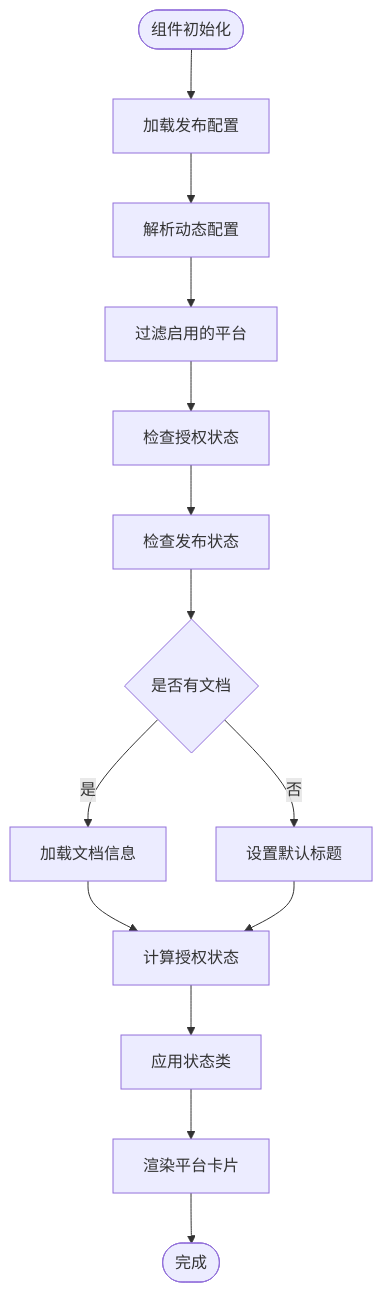
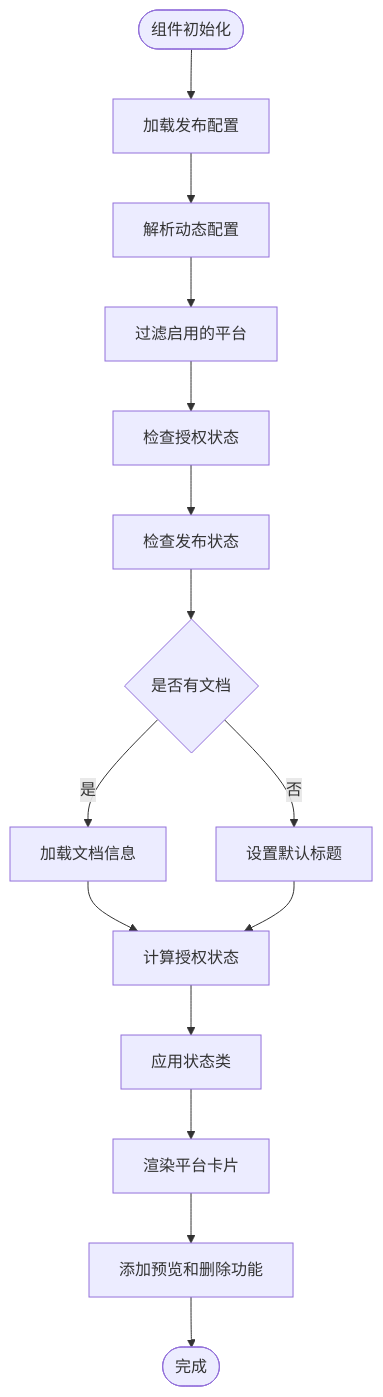
One commit to terwer/siyuan-plugin-publisher changed the fifth of 12 diagrams in .qoder/repowiki/zh/content/用户界面组件/发布组件/V2 平台卡片组件.md. Above: the diagram before and after it, drawn with Mermaid. The commit also changed other lines of this file and 16 other files, not shown here.

````diff
--- a/.qoder/repowiki/zh/content/用户界面组件/发布组件/V2 平台卡片组件.md
+++ b/.qoder/repowiki/zh/content/用户界面组件/发布组件/V2 平台卡片组件.md
@@ -241,16 +269,17 @@
 ```mermaid
 flowchart TD
 Start([组件初始化]) --> LoadConfig["加载发布配置"]
 LoadConfig --> ParseConfig["解析动态配置"]
 ParseConfig --> FilterEnabled["过滤启用的平台"]
 FilterEnabled --> CheckAuth["检查授权状态"]
 CheckAuth --> CheckPublish["检查发布状态"]
 CheckPublish --> HasDoc{"是否有文档"}
 HasDoc --> |是| LoadDoc["加载文档信息"]
 HasDoc --> |否| SetDefault["设置默认标题"]
 LoadDoc --> CalculateStatus["计算授权状态"]
 SetDefault --> CalculateStatus
 CalculateStatus --> ApplyClasses["应用状态类"]
 ApplyClasses --> RenderCards["渲染平台卡片"]
-RenderCards --> End([完成])
+RenderCards --> AddFeatures["添加预览和删除功能"]
+AddFeatures --> End([完成])
 ```
````
